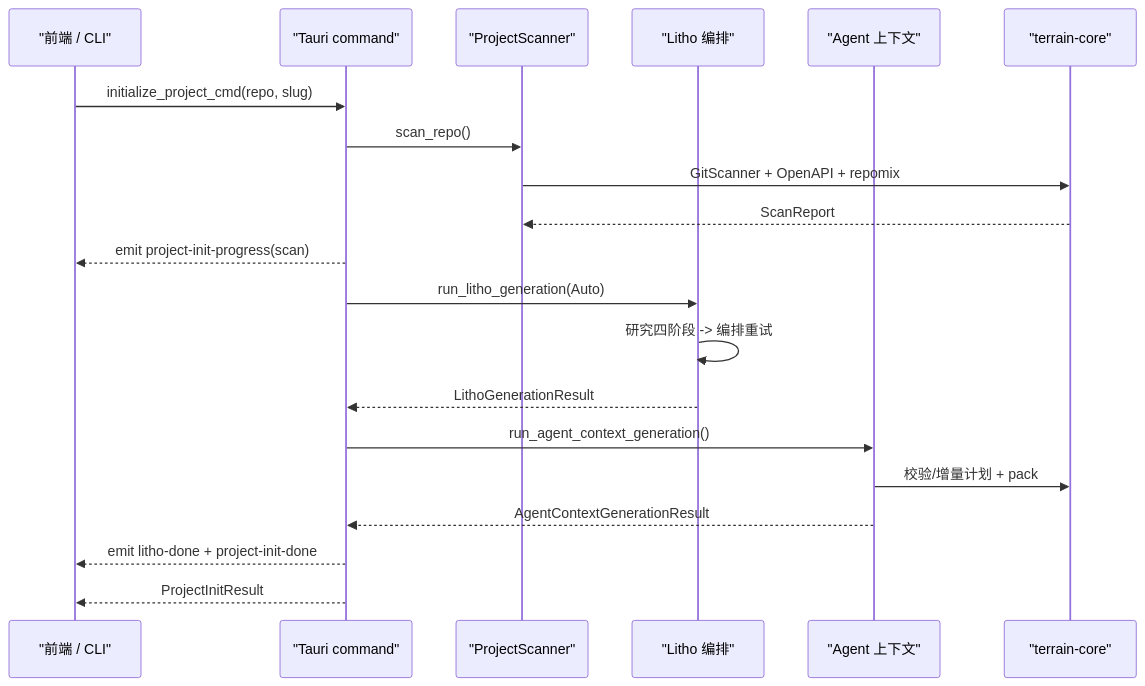
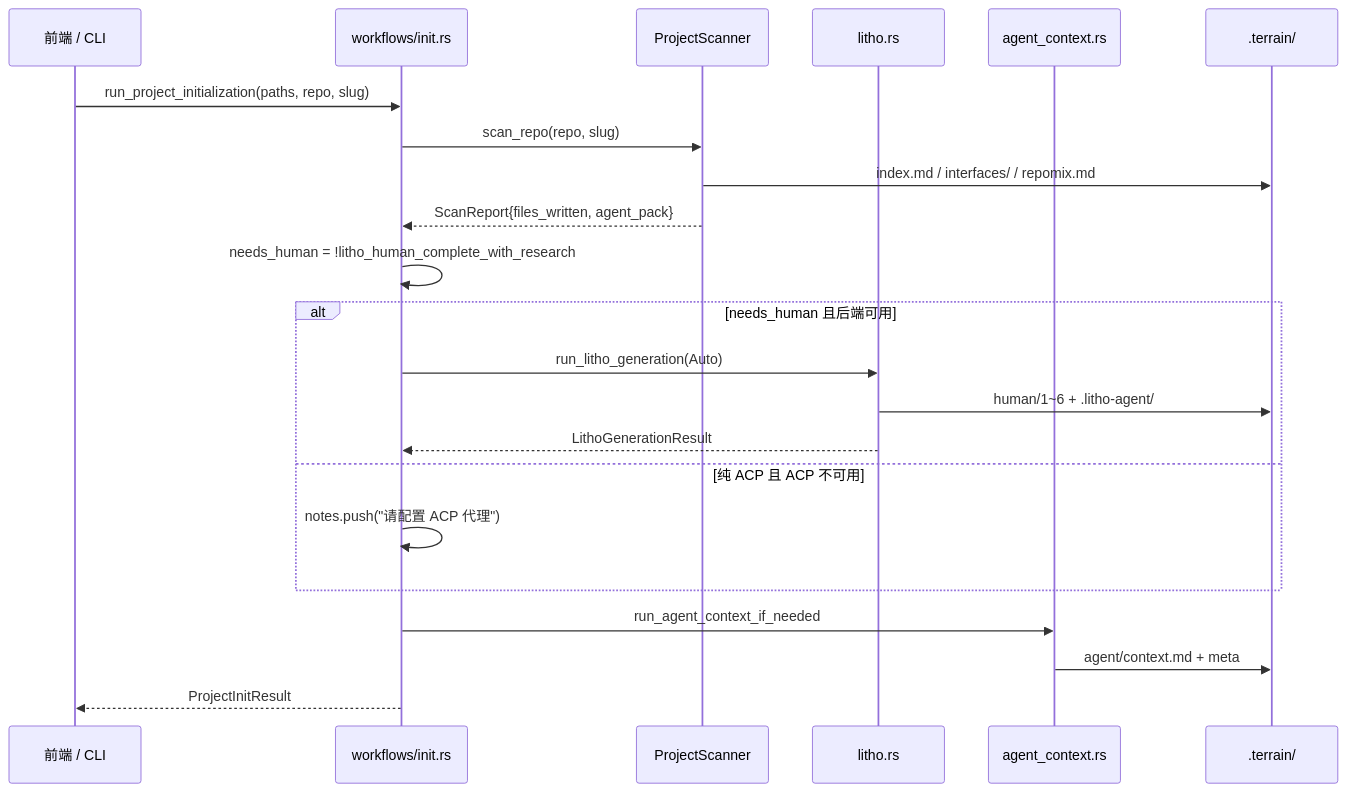
Before and after one commit to sopaco/terrain: the third of 11 diagrams in .terrain/human/3.工作流.md, drawn with Mermaid. The commit also changed other lines of this file and 39 other files, not shown here.

````diff
--- a/.terrain/human/3.工作流.md
+++ b/.terrain/human/3.工作流.md
@@ -68,23 +86,25 @@
 ```mermaid
 sequenceDiagram
-    participant UI as "前端 / CLI"
-    participant CMD as "Tauri command"
-    participant SCAN as "ProjectScanner"
-    participant LITHO as "Litho 编排"
-    participant CTX as "Agent 上下文"
-    participant CORE as "terrain-core"
+    participant Caller as 前端 / CLI
+    participant Init as workflows/init.rs
+    participant Scan as ProjectScanner
+    participant Litho as litho.rs
+    participant Ctx as agent_context.rs
+    participant Disk as .terrain/
 
-    UI->>CMD: initialize_project_cmd(repo, slug)
-    CMD->>SCAN: scan_repo()
-    SCAN->>CORE: GitScanner + OpenAPI + repomix
-    CORE-->>SCAN: ScanReport
-    CMD-->>UI: emit project-init-progress(scan)
-    CMD->>LITHO: run_litho_generation(Auto)
-    LITHO->>LITHO: 研究四阶段 -> 编排重试
-    LITHO-->>CMD: LithoGenerationResult
-    CMD->>CTX: run_agent_context_generation()
-    CTX->>CORE: 校验/增量计划 + pack
-    CTX-->>CMD: AgentContextGenerationResult
-    CMD-->>UI: emit litho-done + project-init-done
-    CMD-->>UI: ProjectInitResult
+    Caller->>Init: run_project_initialization(paths, repo, slug)
+    Init->>Scan: scan_repo(repo, slug)
+    Scan->>Disk: index.md / interfaces/ / repomix.md
+    Scan-->>Init: ScanReport{files_written, agent_pack}
+    Init->>Init: needs_human = !litho_human_complete_with_research
+    alt needs_human 且后端可用
+        Init->>Litho: run_litho_generation(Auto)
+        Litho->>Disk: human/1~6 + .litho-agent/
+        Litho-->>Init: LithoGenerationResult
+    else 纯 ACP 且 ACP 不可用
+        Init->>Init: notes.push("请配置 ACP 代理")
+    end
+    Init->>Ctx: run_agent_context_if_needed
+    Ctx->>Disk: agent/context.md + meta
+    Init-->>Caller: ProjectInitResult
 ```
````
